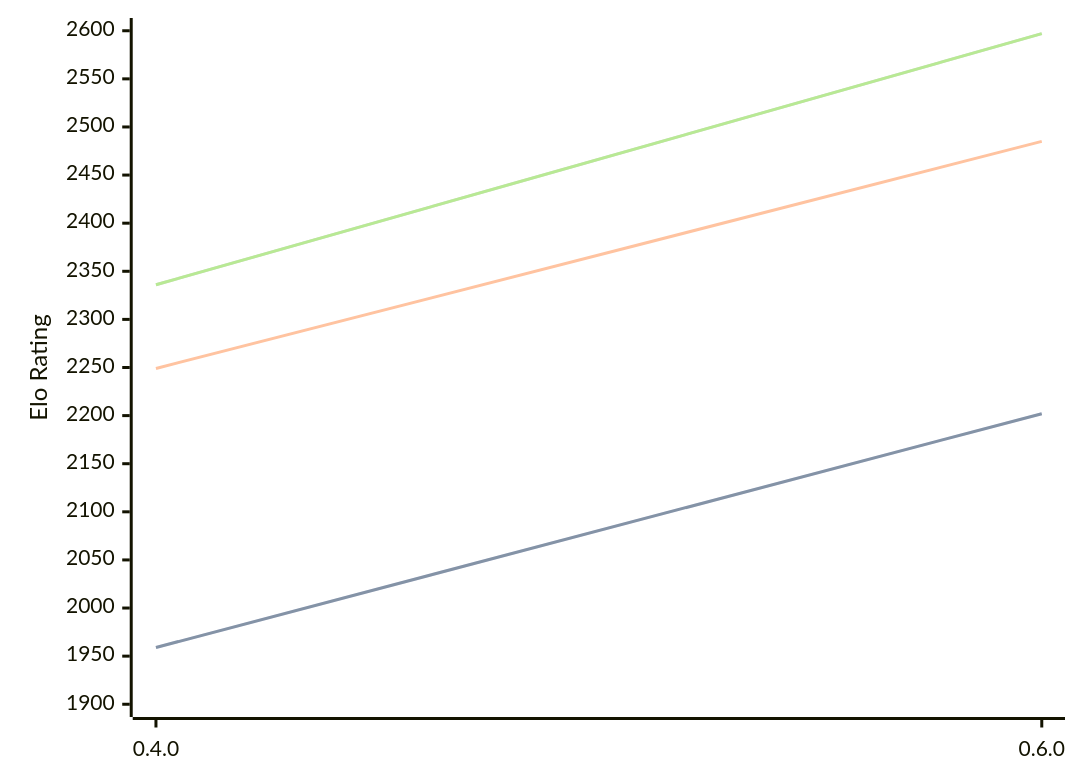
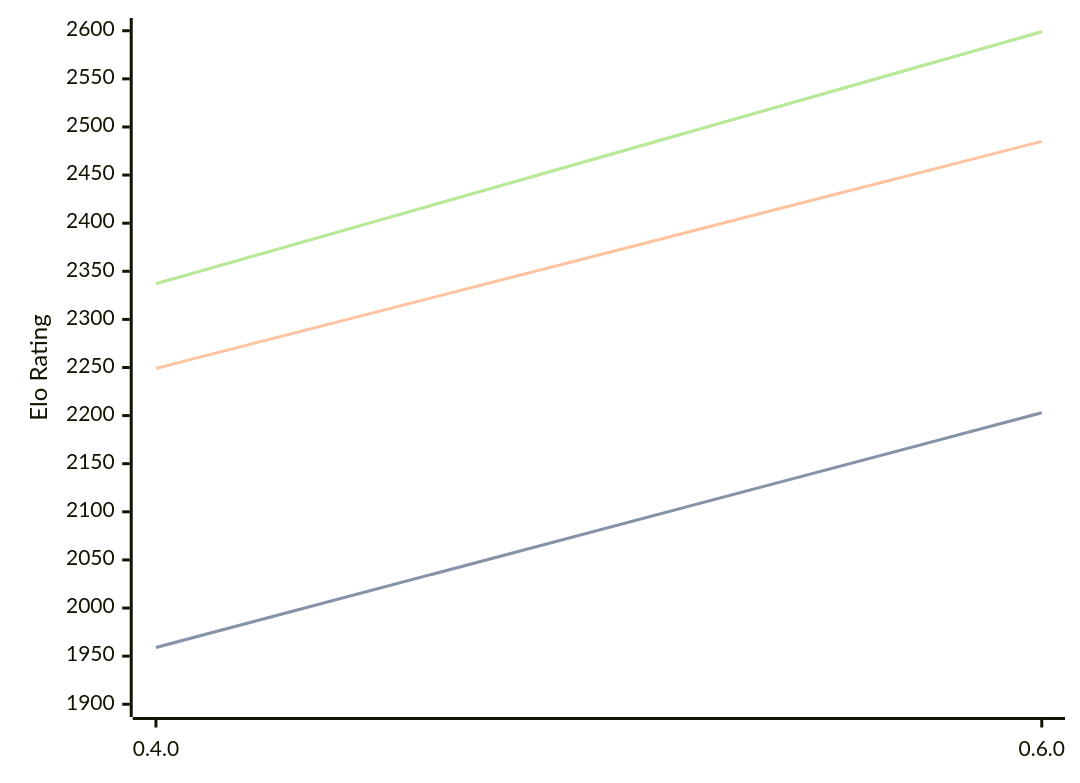
One commit to computer-chess-index/cci changed the diagram in engines/Ariadne.md. Above: the diagram before and after it, drawn with Mermaid. The commit also changed other lines of this file, not shown here.

Commit message:
Update CCI Ratings (ELO VLTC) - 2026-09-14

````diff
--- a/engines/Ariadne.md
+++ b/engines/Ariadne.md
@@ -36,11 +36,11 @@
 ```mermaid
 %%{init: {"theme":"base","themeVariables":{"seriesColors:['#a3a3a3','#222221','#faa371']}}}%%
 xychart-beta
   x-axis ["0.4.0", "0.6.0"]
   y-axis "Elo Rating" 1900 --> 2600
-  line "" [1959, 2202]
-  line "STC (8.0+0.08s)" [1959, 2202]
+  line "" [1959, 2203]
+  line "STC (8.0+0.08s)" [1959, 2203]
   line "LTC (60.0+0.60s)" [2249, 2485]
-  line "" [2336, 2597]
-  line "VLTC (2m24s+1.12s)" [2336, 2597]
+  line "" [2337, 2599]
+  line "VLTC (2m24s+1.12s)" [2337, 2599]
 ```
````
